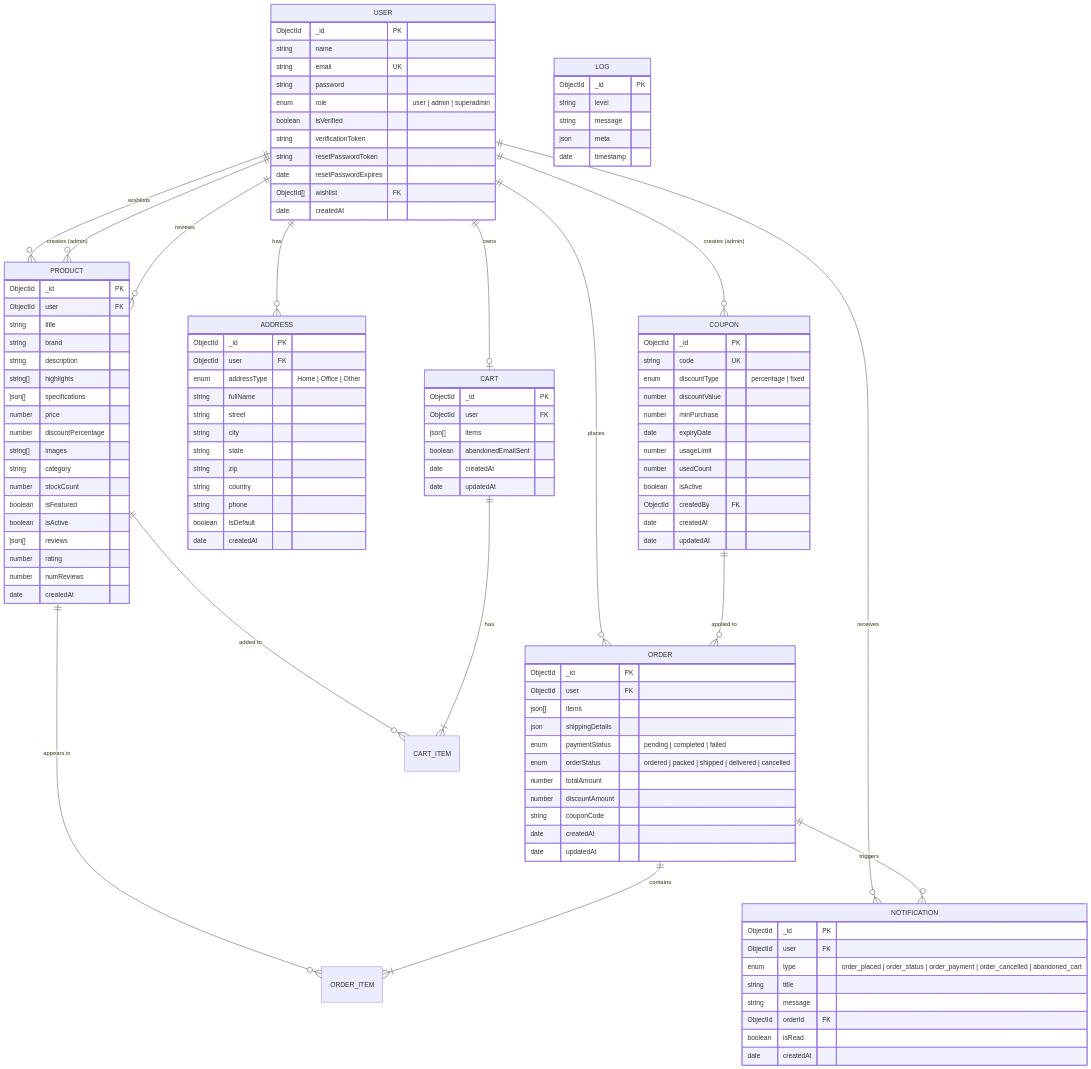
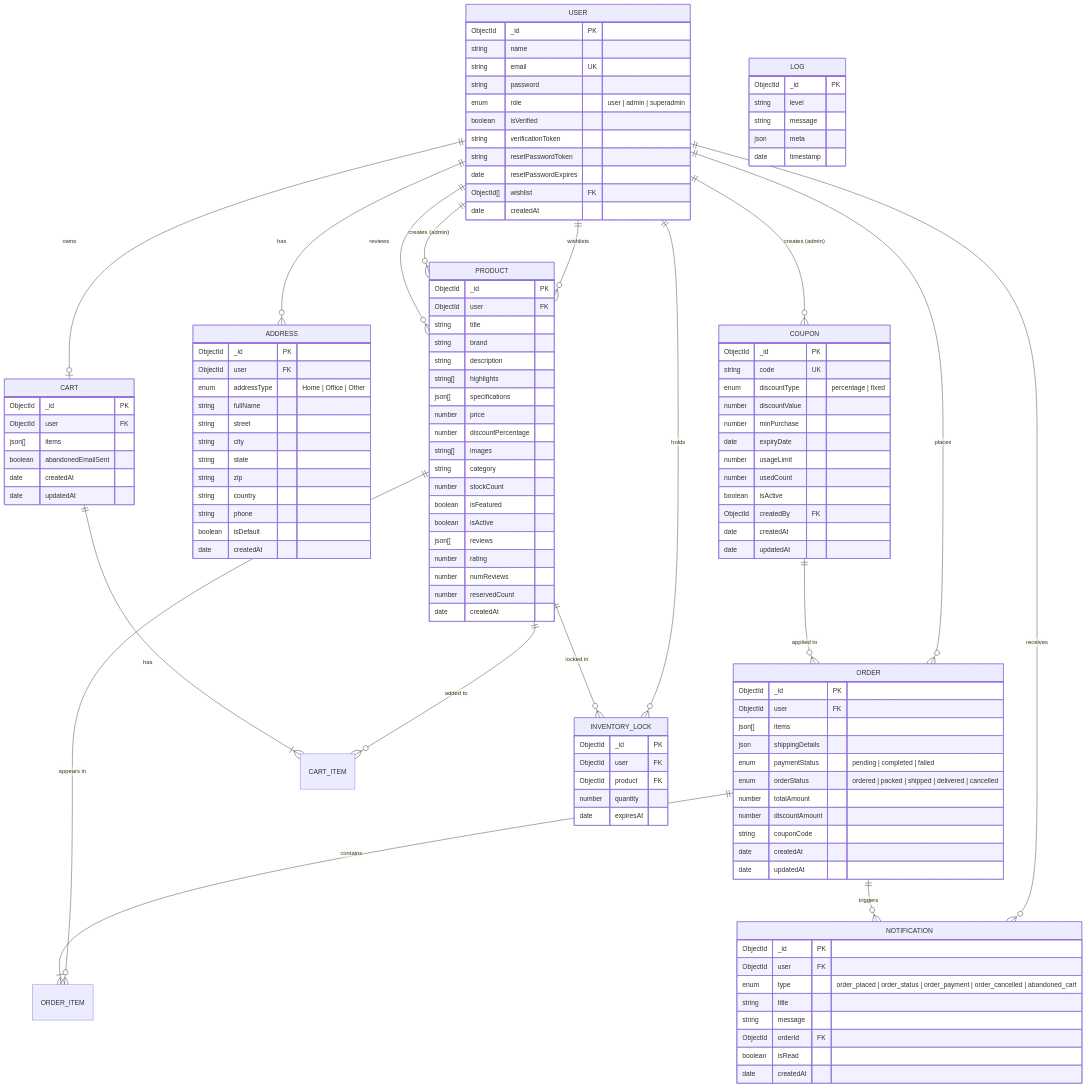
Before and after one commit to Narendrakaduru/QuickCart: the third of 12 diagrams in architecture_diagrams.md, drawn with Mermaid. The commit also changed other lines of this file and 10 other files, not shown here.

````diff
--- a/architecture_diagrams.md
+++ b/architecture_diagrams.md
@@ -164,6 +166,8 @@
     PRODUCT ||--o{ CART_ITEM : "added to"
     CART ||--|{ CART_ITEM : "has"
     ORDER ||--o{ NOTIFICATION : "triggers"
+    USER ||--o{ INVENTORY_LOCK : "holds"
+    PRODUCT ||--o{ INVENTORY_LOCK : "locked in"
 
     COUPON ||--o{ ORDER : "applied to"
 
@@ -199,6 +203,7 @@
         json[] reviews
         number rating
         number numReviews
+        number reservedCount
         date createdAt
     }
 
@@ -273,4 +278,12 @@
         boolean isRead
         date createdAt
     }
+
+    INVENTORY_LOCK {
+        ObjectId _id PK
+        ObjectId user FK
+        ObjectId product FK
+        number quantity
+        date expiresAt
+    }
 ```
````
